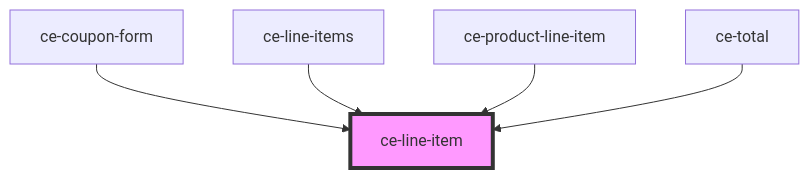
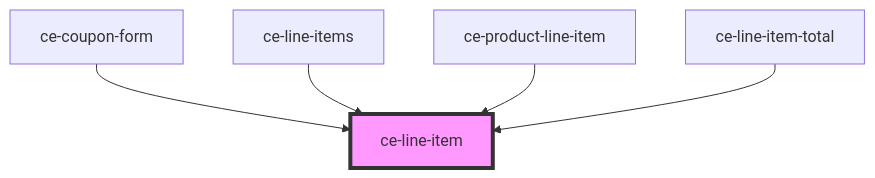
The diagram in packages/components/src/components/ui/line-item/readme.md (surecart/surecart-wp-plugin), drawn with Mermaid before and after one commit. The commit also changed other lines of this file and 30 other files, not shown here.

````diff
--- a/packages/components/src/components/ui/line-item/readme.md
+++ b/packages/components/src/components/ui/line-item/readme.md
@@ -48,8 +48,8 @@
 ```mermaid
 graph TD;
   ce-coupon-form --> ce-line-item
   ce-line-items --> ce-line-item
   ce-product-line-item --> ce-line-item
-  ce-total --> ce-line-item
+  ce-line-item-total --> ce-line-item
   style ce-line-item fill:#f9f,stroke:#333,stroke-width:4px
 ```
````
